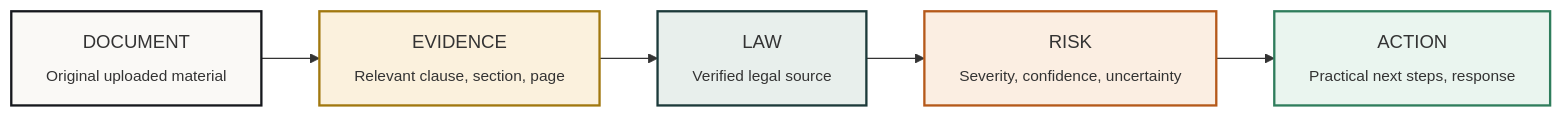
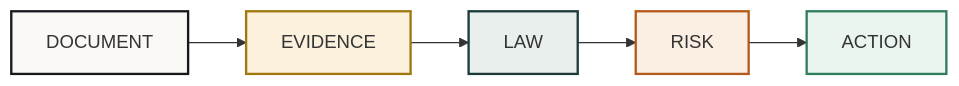
Before and after one commit to KodeMeister-YT/CivicShield: the first of 12 diagrams in README.md, drawn with Mermaid. The commit also changed other lines of this file, not shown here.

Commit message:
docs: trim README prose, keep all diagrams and data

````diff
--- a/README.md
+++ b/README.md
@@ -23,13 +13,9 @@
 ```mermaid
 flowchart LR
-    A[DOCUMENT<br/><sub>Original uploaded material</sub>] --> B[EVIDENCE<br/><sub>Relevant clause, section, page</sub>]
-    B --> C[LAW<br/><sub>Verified legal source</sub>]
-    C --> D[RISK<br/><sub>Severity, confidence, uncertainty</sub>]
-    D --> E[ACTION<br/><sub>Practical next steps, response</sub>]
-
+    A[DOCUMENT] --> B[EVIDENCE] --> C[LAW] --> D[RISK] --> E[ACTION]
     style A fill:#faf9f6,stroke:#16181d,stroke-width:2px
     style B fill:#fbf1dd,stroke:#a1780f,stroke-width:2px
     style C fill:#e8efec,stroke:#1c3a3a,stroke-width:2px
     style D fill:#fbeee2,stroke:#b5591a,stroke-width:2px
     style E fill:#eaf5ef,stroke:#2f7d5c,stroke-width:2px
 ```
````
